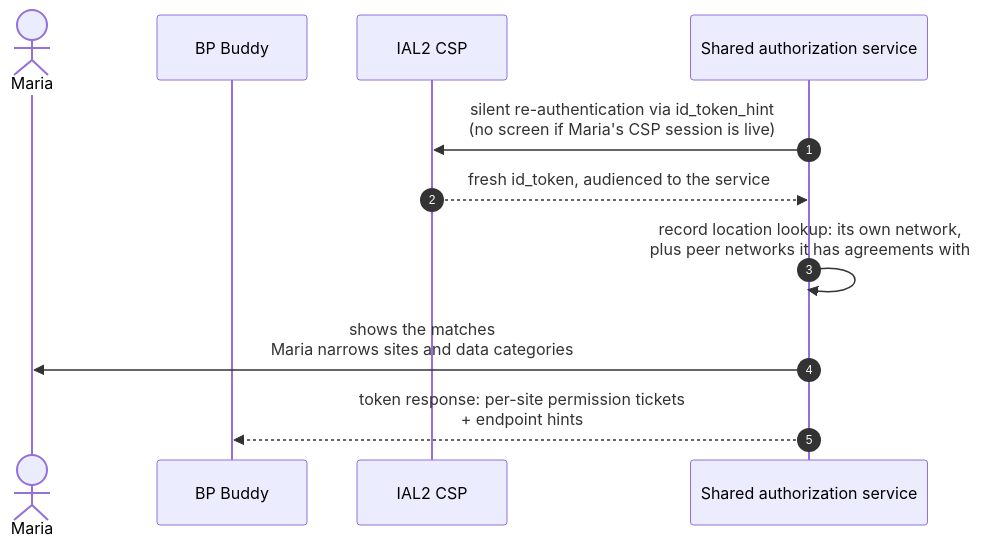
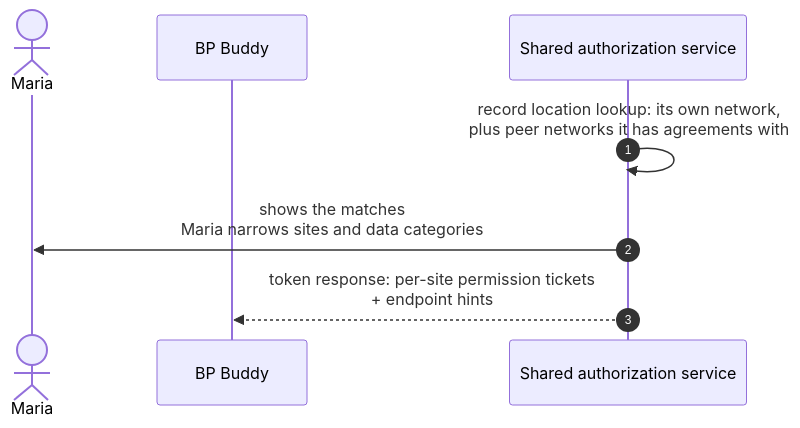
One commit to jmandel/cms-ns changed the sixth of 10 diagrams in authorizing-access.md. Above: the diagram before and after it, drawn with Mermaid. The commit also changed other lines of this file and 1 other file, not shown here.

First line of the commit message:
Parallel twin flows: identical stage names, paired diagrams, aligned rows

````diff
--- a/authorizing-access.md
+++ b/authorizing-access.md
@@ -171,14 +176,11 @@
 ```mermaid
 sequenceDiagram
     autonumber
     actor Maria
     participant App as BP Buddy
-    participant CSP as IAL2 CSP
     participant SAS as Shared authorization service
 
-    SAS->>CSP: silent re-authentication via id_token_hint<br/>(no screen if Maria's CSP session is live)
-    CSP-->>SAS: fresh id_token, audienced to the service
     SAS->>SAS: record location lookup: its own network,<br/>plus peer networks it has agreements with
     SAS->>Maria: shows the matches<br/>Maria narrows sites and data categories
     SAS-->>App: token response: per-site permission tickets<br/>+ endpoint hints
 ```
````
